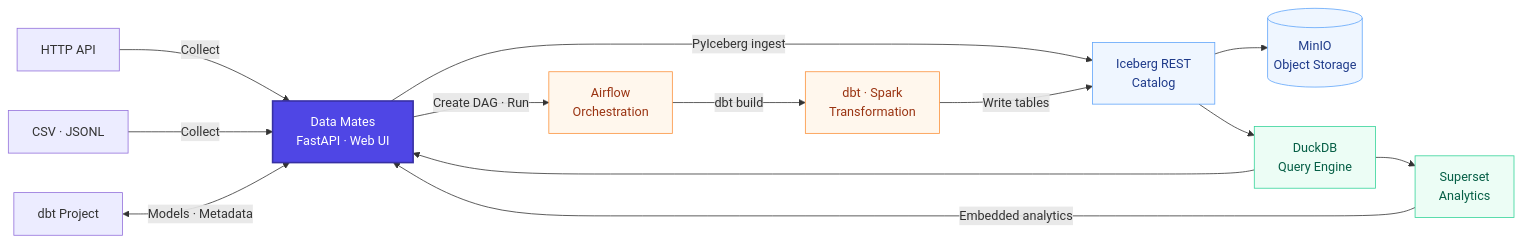
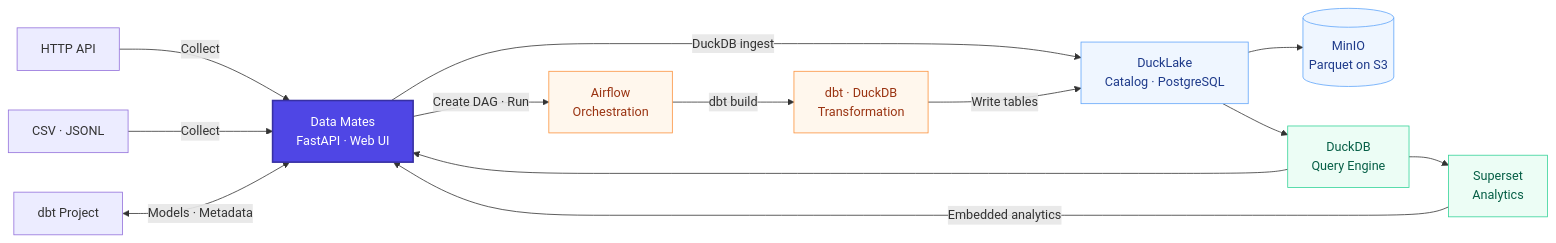
The diagram in README.md (zisu17/datamates), drawn with Mermaid before and after one commit. The commit also changed other lines of this file and 2 other files, not shown here.

First line of the commit message:
docs: DuckLake 이관 기록 추가, README 와 SETUP 을 새 스택에 맞춤

````diff
--- a/README.md
+++ b/README.md
@@ -63,36 +63,36 @@
 ```mermaid
 flowchart LR
     API["HTTP API"]
     FILE["CSV · JSONL"]
     DBTP["dbt Project"]
 
     APP["Data Mates<br/>FastAPI · Web UI"]
     AIR["Airflow<br/>Orchestration"]
-    TRANS["dbt · Spark<br/>Transformation"]
-    ICE["Iceberg REST<br/>Catalog"]
-    MINIO[("MinIO<br/>Object Storage")]
+    TRANS["dbt · DuckDB<br/>Transformation"]
+    LAKE["DuckLake<br/>Catalog · PostgreSQL"]
+    MINIO[("MinIO<br/>Parquet on S3")]
     DUCK["DuckDB<br/>Query Engine"]
     SUPER["Superset<br/>Analytics"]
 
     API -->|Collect| APP
     FILE -->|Collect| APP
     DBTP <-->|Models · Metadata| APP
     APP -->|Create DAG · Run| AIR
     AIR -->|dbt build| TRANS
-    APP -->|PyIceberg ingest| ICE
-    TRANS -->|Write tables| ICE
-    ICE --> MINIO
-    ICE --> DUCK
+    APP -->|DuckDB ingest| LAKE
+    TRANS -->|Write tables| LAKE
+    LAKE --> MINIO
+    LAKE --> DUCK
     DUCK --> APP
     DUCK --> SUPER
     SUPER -->|Embedded analytics| APP
 
     classDef core fill:#4f46e5,color:#fff,stroke:#3730a3,stroke-width:2px;
     classDef compute fill:#fff7ed,color:#9a3412,stroke:#fb923c;
     classDef storage fill:#eff6ff,color:#1e3a8a,stroke:#60a5fa;
     classDef analytics fill:#ecfdf5,color:#065f46,stroke:#34d399;
     class APP core;
     class AIR,TRANS compute;
-    class ICE,MINIO storage;
+    class LAKE,MINIO storage;
     class DUCK,SUPER analytics;
 ```
````
